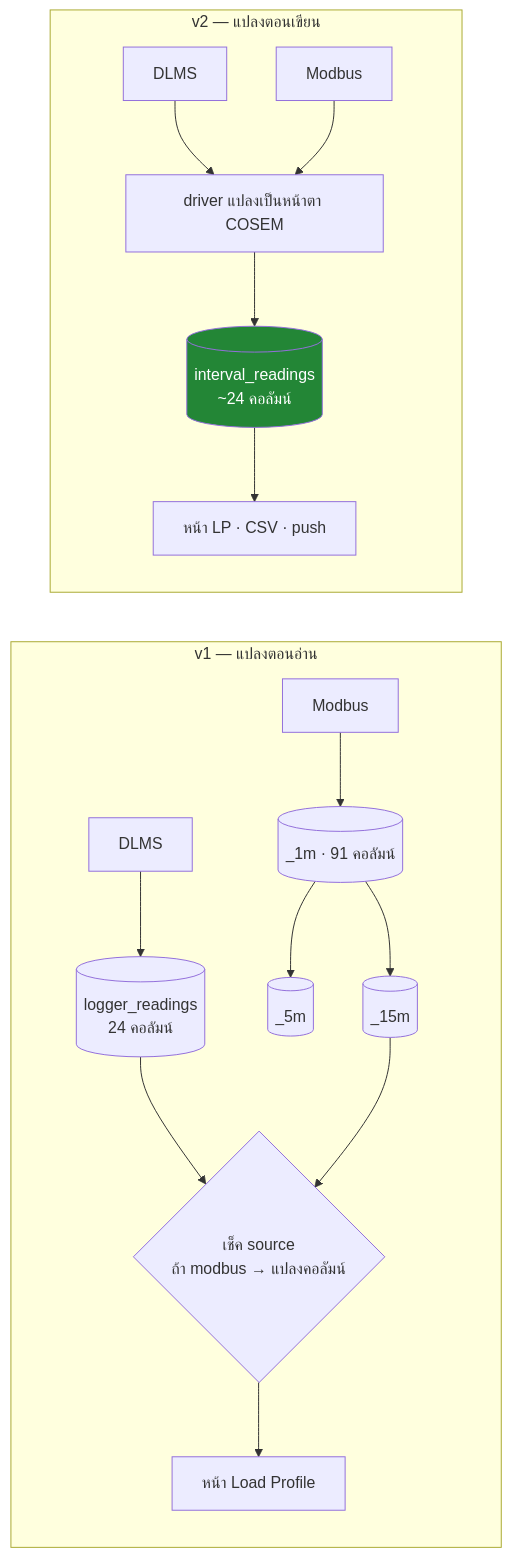
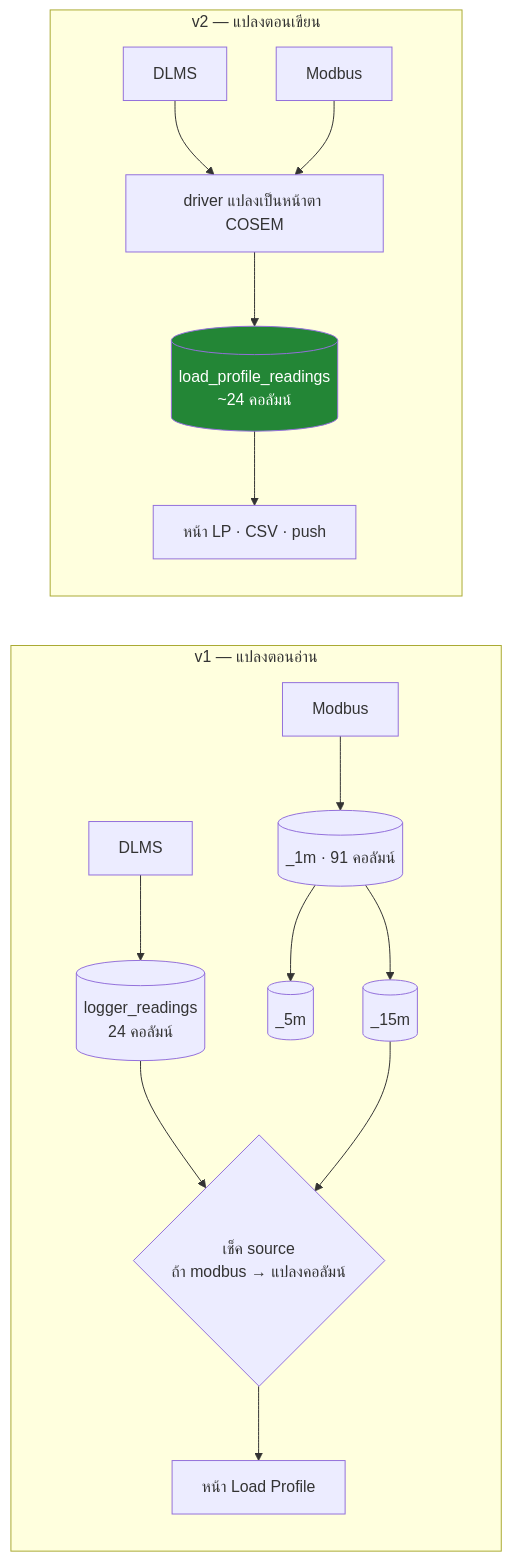
The fourth of 4 diagrams in docs/REMAKE-PLAN.md (sunchanin/arichds-application-v2), drawn with Mermaid before and after one commit. The commit also changed other lines of this file and 26 other files, not shown here.

Commit message:
feat: tick proves liveness only, rename table to load_profile_readings (#8)

````diff
--- a/docs/REMAKE-PLAN.md
+++ b/docs/REMAKE-PLAN.md
@@ -552,21 +557,21 @@
 ```mermaid
 flowchart LR
     subgraph V1["v1 — แปลงตอนอ่าน"]
         direction TB
         A1["DLMS"] --> B1[("logger_readings<br/>24 คอลัมน์")]
         A2["Modbus"] --> B2[("_1m · 91 คอลัมน์")]
         B2 --> B3[("_5m")]
         B2 --> B4[("_15m")]
         B1 --> C1{"เช็ค source<br/>ถ้า modbus → แปลงคอลัมน์"}
         B4 --> C1
         C1 --> D1["หน้า Load Profile"]
     end
     subgraph V2["v2 — แปลงตอนเขียน"]
         direction TB
         E1["DLMS"] --> X["driver แปลงเป็นหน้าตา COSEM"]
         E2["Modbus"] --> X
-        X --> F[("interval_readings<br/>~24 คอลัมน์")]
+        X --> F[("load_profile_readings<br/>~24 คอลัมน์")]
         F --> G["หน้า LP · CSV · push"]
     end
     style F fill:#238636,color:#fff
 ```
````
